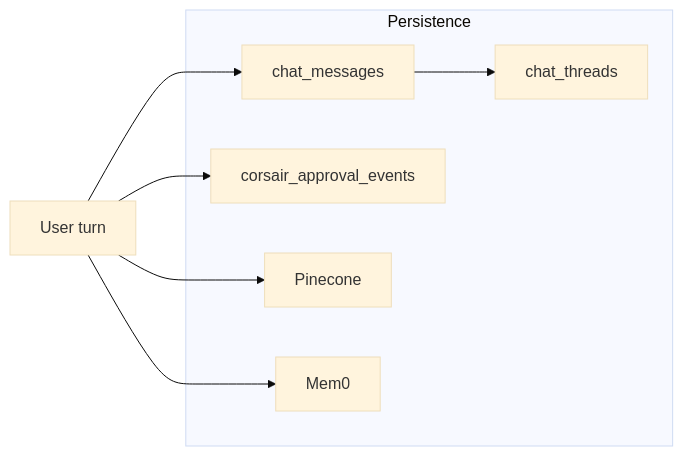
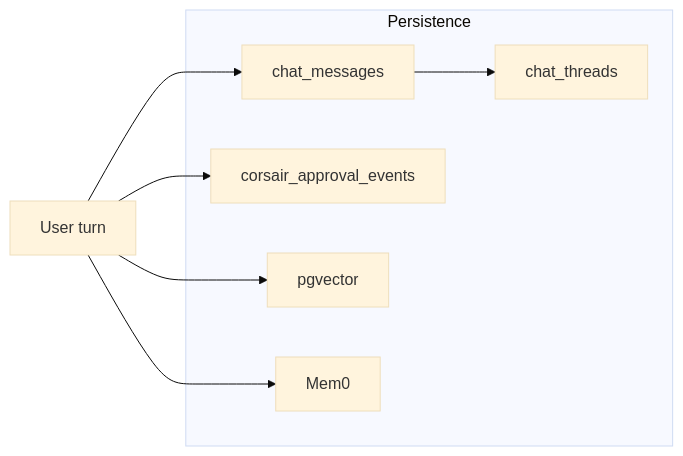
The ninth of 11 diagrams in agenFlow.md (learner-enthusiast/NoClickMail), drawn with Mermaid (base theme) before and after one commit. The commit also changed other lines of this file and 33 other files, not shown here.

````diff
--- a/agenFlow.md
+++ b/agenFlow.md
@@ -267,16 +267,16 @@
 ```mermaid
 flowchart LR
     subgraph Persistence
         A[chat_threads]
         B[chat_messages]
         C[corsair_approval_events]
-        D[Pinecone]
+        D[pgvector]
         E[Mem0]
     end
 
     F[User turn] --> B
     F --> C
     F --> D
     F --> E
     B --> A
 ```
````
